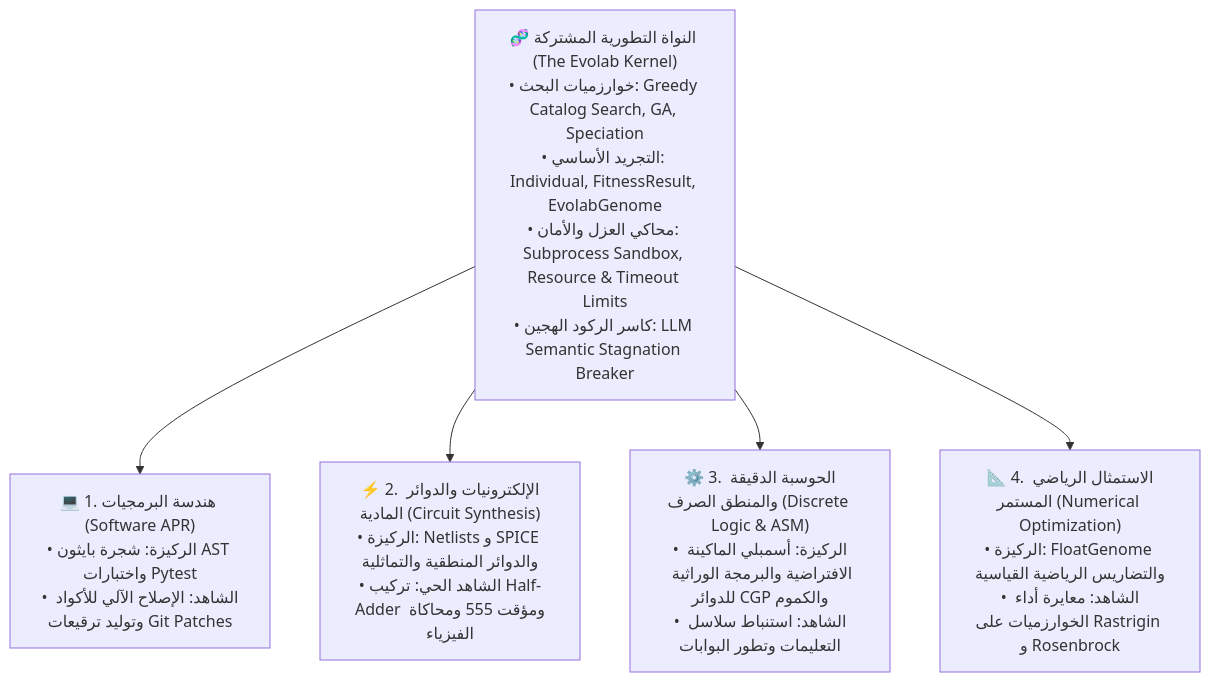
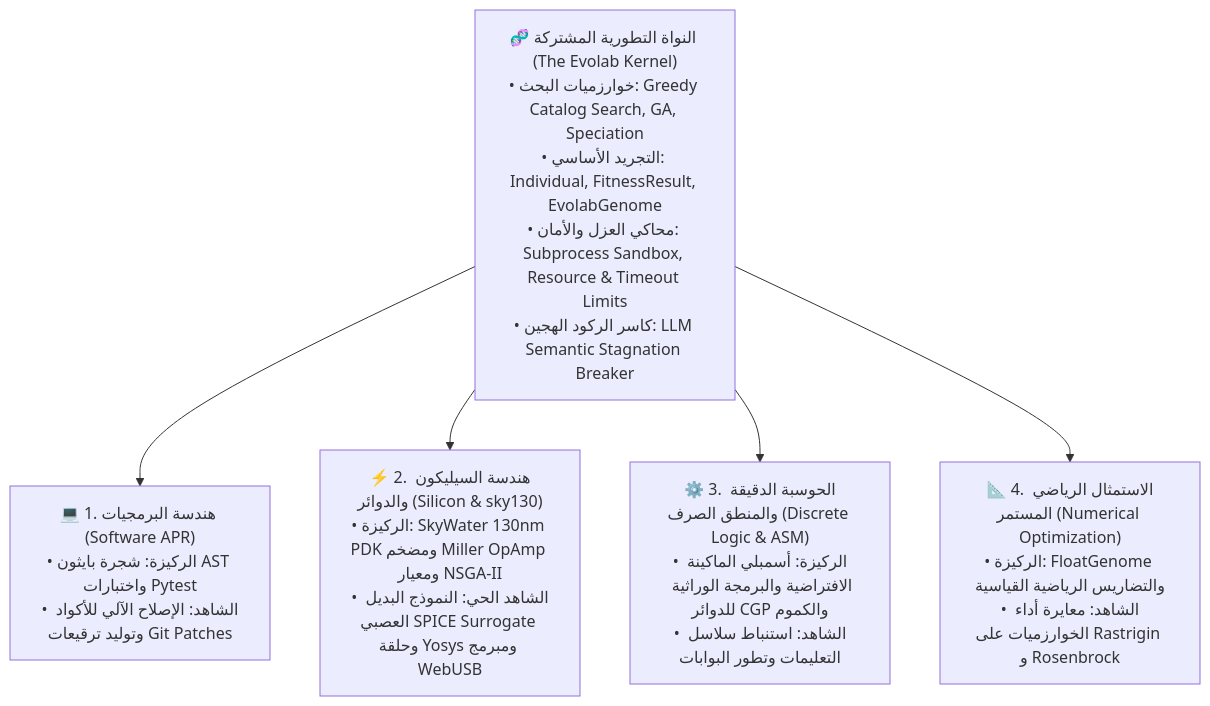
The diagram in README_ar.md (bio-colab/darwin-evolab), drawn with Mermaid before and after one commit. The commit also changed 13 other files, not shown here.

Commit message:
feat(silicon): SkyWater 130nm PDK, Miller OpAmp benchmark, SPICE neural surrogate, and Yosys bridge

````diff
--- a/README_ar.md
+++ b/README_ar.md
@@ -22,12 +22,12 @@
 ```mermaid
 graph TD
     Kernel["🧬 النواة التطورية المشتركة (The Evolab Kernel)<br/>• خوارزميات البحث: Greedy Catalog Search, GA, Speciation<br/>• التجريد الأساسي: Individual, FitnessResult, EvolabGenome<br/>• محاكي العزل والأمان: Subprocess Sandbox, Resource & Timeout Limits<br/>• كاسر الركود الهجين: LLM Semantic Stagnation Breaker"]
 
     Kernel --> Domain1["💻 1. هندسة البرمجيات (Software APR)<br/>• الركيزة: شجرة بايثون AST واختبارات Pytest<br/>• الشاهد: الإصلاح الآلي للأكواد وتوليد ترقيعات Git Patches"]
     
-    Kernel --> Domain2["⚡ 2. الإلكترونيات والدوائر المادية (Circuit Synthesis)<br/>• الركيزة: Netlists و SPICE والدوائر المنطقية والتماثلية<br/>• الشاهد الحي: تركيب Half-Adder ومؤقت 555 ومحاكاة الفيزياء"]
+    Kernel --> Domain2["⚡ 2. هندسة السيليكون والدوائر (Silicon & sky130)<br/>• الركيزة: SkyWater 130nm PDK ومضخم Miller OpAmp ومعيار NSGA-II<br/>• الشاهد الحي: النموذج البديل العصبي SPICE Surrogate وحلقة Yosys ومبرمج WebUSB"]
 
     Kernel --> Domain3["⚙️ 3. الحوسبة الدقيقة والمنطق الصرف (Discrete Logic & ASM)<br/>• الركيزة: أسمبلي الماكينة الافتراضية والبرمجة الوراثية للدوائر CGP والكموم<br/>• الشاهد: استنباط سلاسل التعليمات وتطور البوابات"]
 
     Kernel --> Domain4["📐 4. الاستمثال الرياضي المستمر (Numerical Optimization)<br/>• الركيزة: FloatGenome والتضاريس الرياضية القياسية<br/>• الشاهد: معايرة أداء الخوارزميات على Rastrigin و Rosenbrock"]
 ```
````
